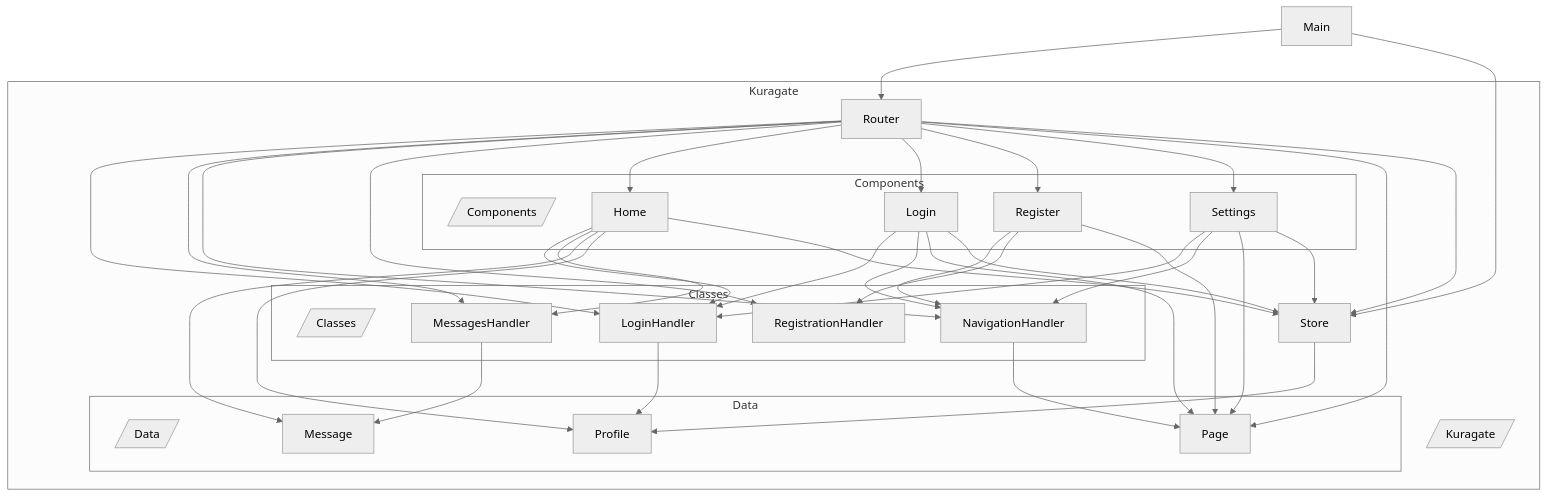
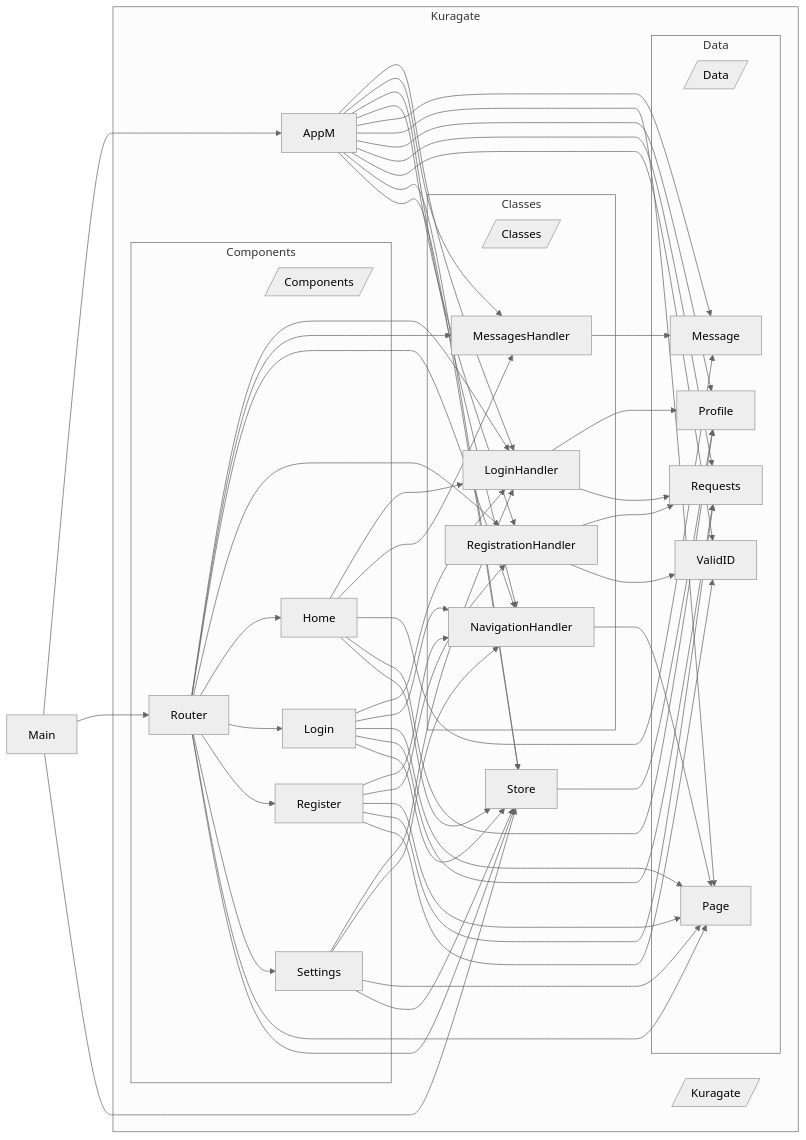
The diagram in purescript-dependency-graph/output.md (traPtitech/naro-portal-client), drawn with Mermaid (neutral theme) before and after one commit. The commit also changed 2 other files, not shown here.

Commit message:
make instance of appM

````diff
--- a/purescript-dependency-graph/output.md
+++ b/purescript-dependency-graph/output.md
@@ -1,61 +1,82 @@
 ```mermaid
-flowchart 
-Main[Main]
+flowchart LR
 subgraph Kuragate_subgraph [Kuragate]
 Kuragate[/Kuragate/]
-Kuragate.Components.Router[Router]
+Kuragate.AppM[AppM]
 Kuragate.Store[Store]
 subgraph Kuragate.Classes_subgraph [Classes]
 Kuragate.Classes[/Classes/]
 Kuragate.Classes.LoginHandler[LoginHandler]
 Kuragate.Classes.MessagesHandler[MessagesHandler]
 Kuragate.Classes.NavigationHandler[NavigationHandler]
 Kuragate.Classes.RegistrationHandler[RegistrationHandler]
 end
 subgraph Kuragate.Components_subgraph [Components]
 Kuragate.Components[/Components/]
 Kuragate.Components.Home[Home]
 Kuragate.Components.Login[Login]
 Kuragate.Components.Register[Register]
+Kuragate.Components.Router[Router]
 Kuragate.Components.Settings[Settings]
 end
 subgraph Kuragate.Data_subgraph [Data]
 Kuragate.Data[/Data/]
 Kuragate.Data.Message[Message]
 Kuragate.Data.Page[Page]
 Kuragate.Data.Profile[Profile]
+Kuragate.Data.Requests[Requests]
+Kuragate.Data.ValidID[ValidID]
 end
 end
-Main --> Kuragate.Components.Router
-Main --> Kuragate.Store
+Main[Main]
+Kuragate.AppM --> Kuragate.Classes.LoginHandler
+Kuragate.AppM --> Kuragate.Classes.MessagesHandler
+Kuragate.AppM --> Kuragate.Classes.NavigationHandler
+Kuragate.AppM --> Kuragate.Classes.RegistrationHandler
+Kuragate.AppM --> Kuragate.Data.Message
+Kuragate.AppM --> Kuragate.Data.Page
+Kuragate.AppM --> Kuragate.Data.Profile
+Kuragate.AppM --> Kuragate.Data.Requests
+Kuragate.AppM --> Kuragate.Data.ValidID
+Kuragate.AppM --> Kuragate.Store
+Kuragate.AppM --> Kuragate.Store
+Kuragate.Store --> Kuragate.Data.Profile
+Kuragate.Classes.LoginHandler --> Kuragate.Data.Profile
+Kuragate.Classes.LoginHandler --> Kuragate.Data.Requests
+Kuragate.Classes.MessagesHandler --> Kuragate.Data.Message
+Kuragate.Classes.NavigationHandler --> Kuragate.Data.Page
+Kuragate.Classes.RegistrationHandler --> Kuragate.Data.Requests
+Kuragate.Classes.RegistrationHandler --> Kuragate.Data.ValidID
+Kuragate.Components.Home --> Kuragate.Classes.LoginHandler
+Kuragate.Components.Home --> Kuragate.Classes.MessagesHandler
+Kuragate.Components.Home --> Kuragate.Data.Message
+Kuragate.Components.Home --> Kuragate.Data.Profile
+Kuragate.Components.Home --> Kuragate.Store
+Kuragate.Components.Login --> Kuragate.Classes.LoginHandler
+Kuragate.Components.Login --> Kuragate.Classes.NavigationHandler
+Kuragate.Components.Login --> Kuragate.Data.Page
+Kuragate.Components.Login --> Kuragate.Data.Requests
+Kuragate.Components.Login --> Kuragate.Store
+Kuragate.Components.Register --> Kuragate.Classes.NavigationHandler
+Kuragate.Components.Register --> Kuragate.Classes.RegistrationHandler
+Kuragate.Components.Register --> Kuragate.Data.Page
+Kuragate.Components.Register --> Kuragate.Data.Requests
+Kuragate.Components.Register --> Kuragate.Data.ValidID
 Kuragate.Components.Router --> Kuragate.Classes.LoginHandler
 Kuragate.Components.Router --> Kuragate.Classes.MessagesHandler
 Kuragate.Components.Router --> Kuragate.Classes.NavigationHandler
 Kuragate.Components.Router --> Kuragate.Classes.RegistrationHandler
 Kuragate.Components.Router --> Kuragate.Components.Home
 Kuragate.Components.Router --> Kuragate.Components.Login
 Kuragate.Components.Router --> Kuragate.Components.Register
 Kuragate.Components.Router --> Kuragate.Components.Settings
 Kuragate.Components.Router --> Kuragate.Data.Page
 Kuragate.Components.Router --> Kuragate.Store
-Kuragate.Store --> Kuragate.Data.Profile
-Kuragate.Classes.LoginHandler --> Kuragate.Data.Profile
-Kuragate.Classes.MessagesHandler --> Kuragate.Data.Message
-Kuragate.Classes.NavigationHandler --> Kuragate.Data.Page
-Kuragate.Components.Home --> Kuragate.Classes.LoginHandler
-Kuragate.Components.Home --> Kuragate.Classes.MessagesHandler
-Kuragate.Components.Home --> Kuragate.Data.Message
-Kuragate.Components.Home --> Kuragate.Data.Profile
-Kuragate.Components.Home --> Kuragate.Store
-Kuragate.Components.Login --> Kuragate.Classes.LoginHandler
-Kuragate.Components.Login --> Kuragate.Classes.NavigationHandler
-Kuragate.Components.Login --> Kuragate.Data.Page
-Kuragate.Components.Login --> Kuragate.Store
-Kuragate.Components.Register --> Kuragate.Classes.NavigationHandler
-Kuragate.Components.Register --> Kuragate.Classes.RegistrationHandler
-Kuragate.Components.Register --> Kuragate.Data.Page
 Kuragate.Components.Settings --> Kuragate.Classes.LoginHandler
 Kuragate.Components.Settings --> Kuragate.Classes.NavigationHandler
 Kuragate.Components.Settings --> Kuragate.Data.Page
 Kuragate.Components.Settings --> Kuragate.Store
+Main --> Kuragate.AppM
+Main --> Kuragate.Components.Router
+Main --> Kuragate.Store
 ```
````
